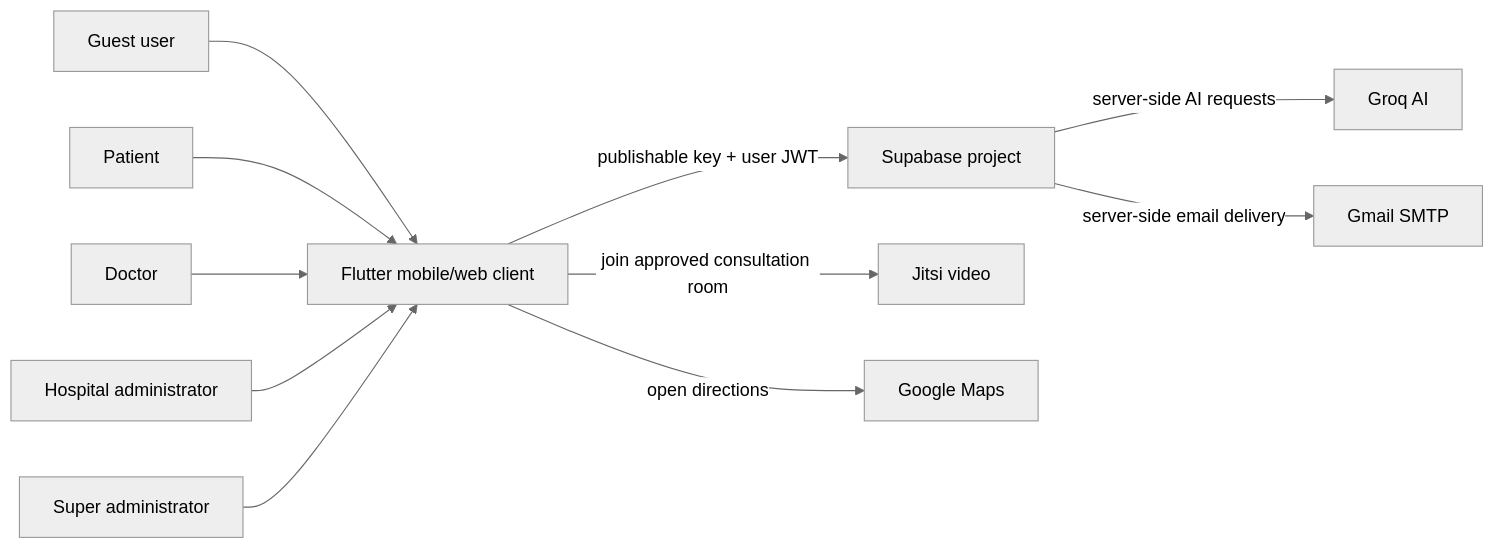
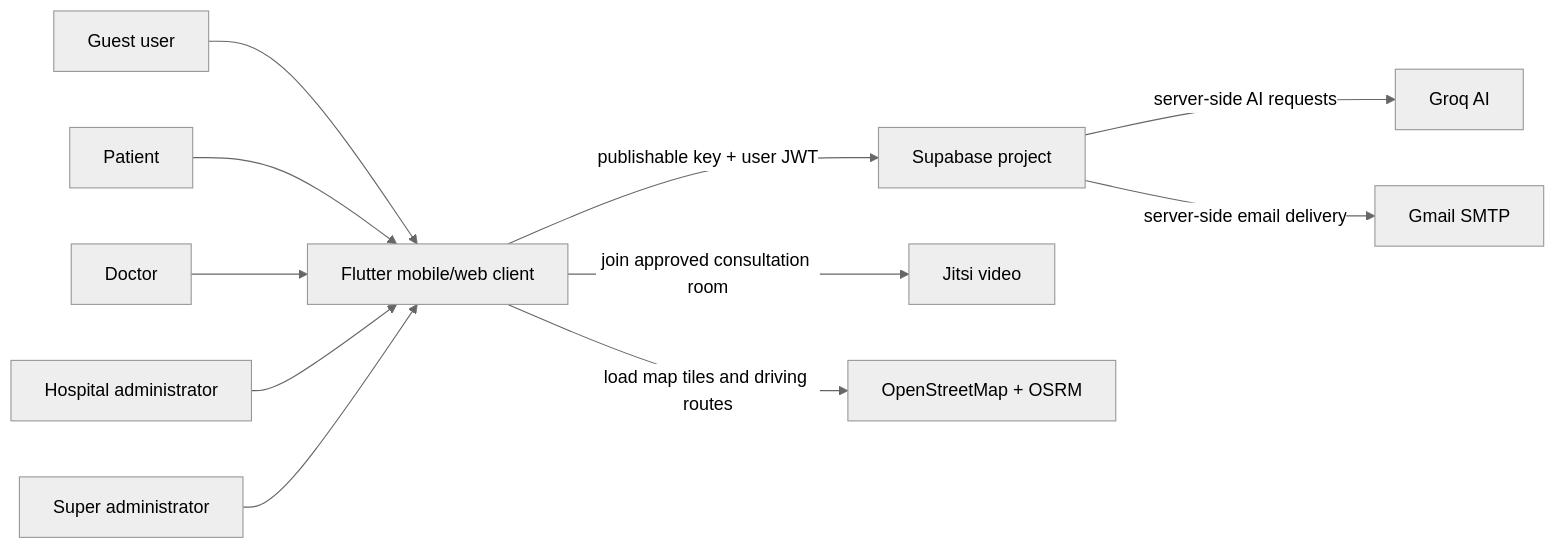
Before and after one commit to NotArdrey/CareNavigator-mobile: the first of 2 diagrams in SYSTEM_ARCHITECTURE.md, drawn with Mermaid (neutral theme). The commit also changed other lines of this file and 2688 other files, not shown here.

````diff
--- a/SYSTEM_ARCHITECTURE.md
+++ b/SYSTEM_ARCHITECTURE.md
@@ -24,27 +24,27 @@
 ```mermaid
 flowchart LR
     Guest[Guest user]
     Patient[Patient]
     Doctor[Doctor]
     HospitalAdmin[Hospital administrator]
     SuperAdmin[Super administrator]
 
     Client[Flutter mobile/web client]
     Supabase[Supabase project]
     Groq[Groq AI]
     SMTP[Gmail SMTP]
     Jitsi[Jitsi video]
-    Maps[Google Maps]
+    Maps[OpenStreetMap + OSRM]
 
     Guest --> Client
     Patient --> Client
     Doctor --> Client
     HospitalAdmin --> Client
     SuperAdmin --> Client
 
     Client -->|publishable key + user JWT| Supabase
     Supabase -->|server-side AI requests| Groq
     Supabase -->|server-side email delivery| SMTP
-    Client -->|open directions| Maps
+    Client -->|load map tiles and driving routes| Maps
     Client -->|join approved consultation room| Jitsi
 ```
````
